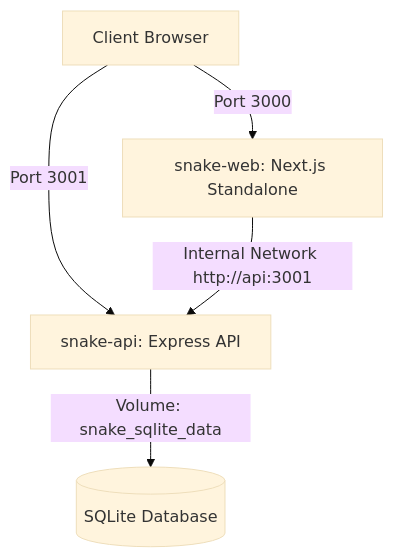
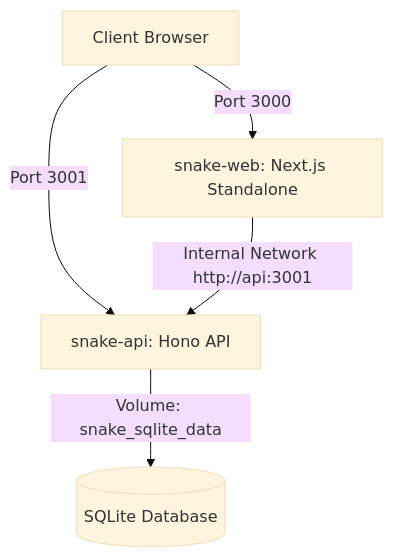
Before and after one commit to ipx12/SnakeMonorepo: the diagram in docs/guides/docker-deployment.md, drawn with Mermaid (base theme). The commit also changed other lines of this file and 6 other files, not shown here.

````diff
--- a/docs/guides/docker-deployment.md
+++ b/docs/guides/docker-deployment.md
@@ -9,7 +9,7 @@
 ```mermaid
 graph TD
     Browser[Client Browser] -->|Port 3000| WebContainer[snake-web: Next.js Standalone]
-    Browser -->|Port 3001| ApiContainer[snake-api: Express API]
+    Browser -->|Port 3001| ApiContainer[snake-api: Hono API]
     WebContainer -->|Internal Network http://api:3001| ApiContainer
     ApiContainer -->|Volume: snake_sqlite_data| SqliteDB[(SQLite Database)]
 ```
````
